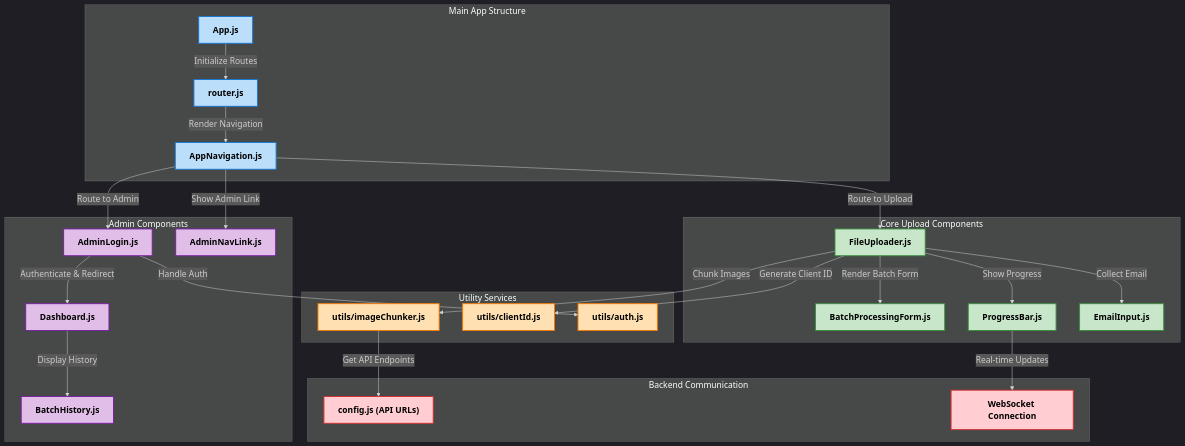
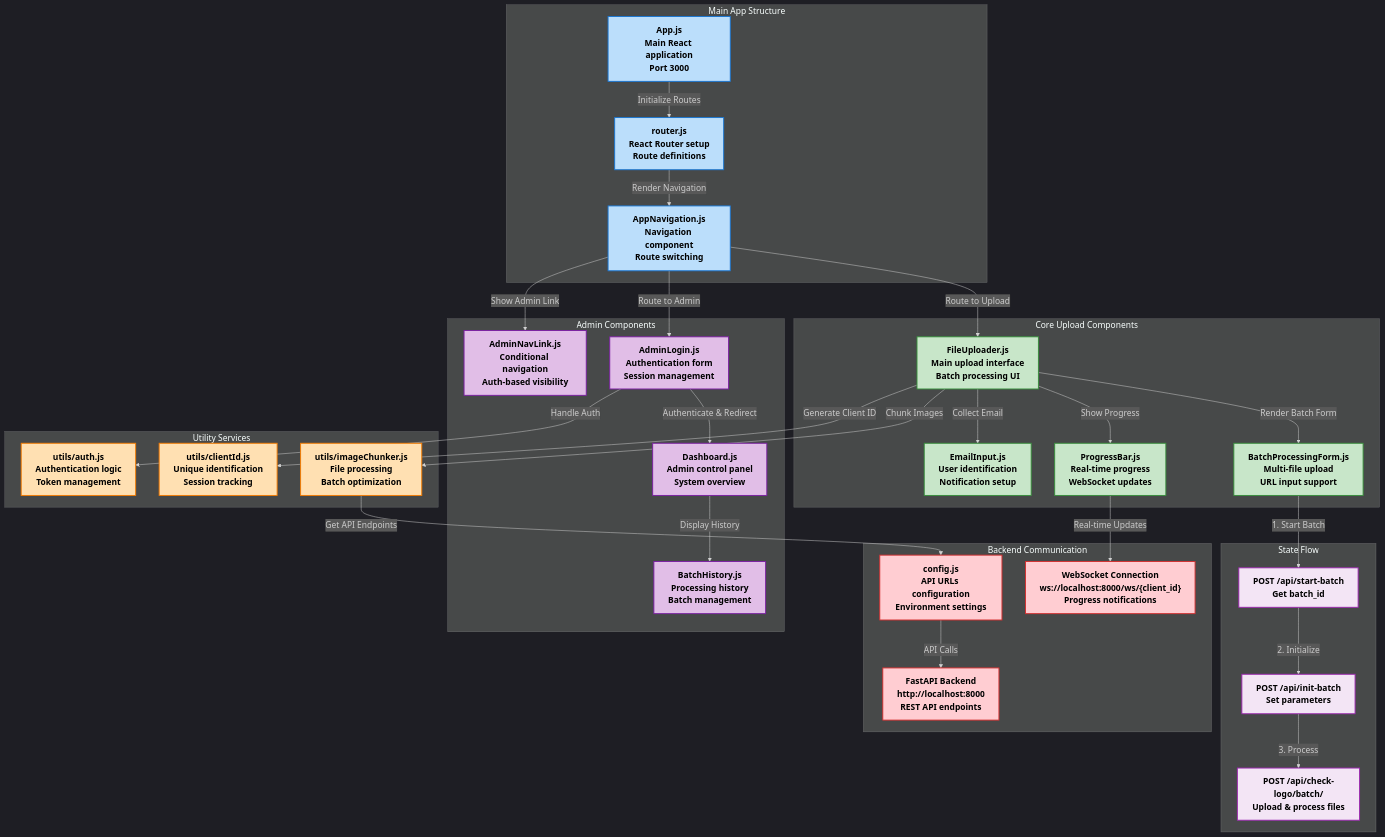
One commit to Dhruv0306/SymphonyProject1 changed the third of 9 diagrams in README.md. Above: the diagram before and after it, drawn with Mermaid. The commit also changed other lines of this file and 36 other files, not shown here.

First line of the commit message:
docs: enhance architecture and feature documentation

````diff
--- a/README.md
+++ b/README.md
@@ -210,49 +239,60 @@
 ```mermaid
 %%{init: {'theme': 'dark', 'themeVariables': { 'fontFamily': 'arial', 'fontSize': '18px', 'fontWeight': 'bold'}}}%%
 graph TD
     subgraph "Main App Structure"
         style A fill:#bbdefb,stroke:#1976d2,stroke-width:2px,color:#000000,font-weight:bold
         style B fill:#bbdefb,stroke:#1976d2,stroke-width:2px,color:#000000,font-weight:bold
         style C fill:#bbdefb,stroke:#1976d2,stroke-width:2px,color:#000000,font-weight:bold
-        A["App.js"] -->|"Initialize Routes"| B["router.js"]
-        B -->|"Render Navigation"| C["AppNavigation.js"]
+        A["App.js<br/>Main React application<br/>Port 3000"] -->|"Initialize Routes"| B["router.js<br/>React Router setup<br/>Route definitions"]
+        B -->|"Render Navigation"| C["AppNavigation.js<br/>Navigation component<br/>Route switching"]
     end
 
     subgraph "Core Upload Components"
         style D1 fill:#c8e6c9,stroke:#388e3c,stroke-width:2px,color:#000000,font-weight:bold
         style D2 fill:#c8e6c9,stroke:#388e3c,stroke-width:2px,color:#000000,font-weight:bold
         style D3 fill:#c8e6c9,stroke:#388e3c,stroke-width:2px,color:#000000,font-weight:bold
         style D4 fill:#c8e6c9,stroke:#388e3c,stroke-width:2px,color:#000000,font-weight:bold
-        C -->|"Route to Upload"| D1["FileUploader.js"]
-        D1 -->|"Render Batch Form"| D2["BatchProcessingForm.js"]
-        D1 -->|"Show Progress"| D3["ProgressBar.js"]
-        D1 -->|"Collect Email"| D4["EmailInput.js"]
+        C -->|"Route to Upload"| D1["FileUploader.js<br/>Main upload interface<br/>Batch processing UI"]
+        D1 -->|"Render Batch Form"| D2["BatchProcessingForm.js<br/>Multi-file upload<br/>URL input support"]
+        D1 -->|"Show Progress"| D3["ProgressBar.js<br/>Real-time progress<br/>WebSocket updates"]
+        D1 -->|"Collect Email"| D4["EmailInput.js<br/>User identification<br/>Notification setup"]
     end
 
     subgraph "Admin Components"
         style E1 fill:#e1bee7,stroke:#7b1fa2,stroke-width:2px,color:#000000,font-weight:bold
         style E2 fill:#e1bee7,stroke:#7b1fa2,stroke-width:2px,color:#000000,font-weight:bold
         style E3 fill:#e1bee7,stroke:#7b1fa2,stroke-width:2px,color:#000000,font-weight:bold
         style E4 fill:#e1bee7,stroke:#7b1fa2,stroke-width:2px,color:#000000,font-weight:bold
-        C -->|"Route to Admin"| E1["AdminLogin.js"]
-        E1 -->|"Authenticate & Redirect"| E2["Dashboard.js"]
-        E2 -->|"Display History"| E3["BatchHistory.js"]
-        C -->|"Show Admin Link"| E4["AdminNavLink.js"]
+        C -->|"Route to Admin"| E1["AdminLogin.js<br/>Authentication form<br/>Session management"]
+        E1 -->|"Authenticate & Redirect"| E2["Dashboard.js<br/>Admin control panel<br/>System overview"]
+        E2 -->|"Display History"| E3["BatchHistory.js<br/>Processing history<br/>Batch management"]
+        C -->|"Show Admin Link"| E4["AdminNavLink.js<br/>Conditional navigation<br/>Auth-based visibility"]
     end
 
     subgraph "Utility Services"
         style F1 fill:#ffe0b2,stroke:#f57c00,stroke-width:2px,color:#000000,font-weight:bold
         style F2 fill:#ffe0b2,stroke:#f57c00,stroke-width:2px,color:#000000,font-weight:bold
         style F3 fill:#ffe0b2,stroke:#f57c00,stroke-width:2px,color:#000000,font-weight:bold
-        D1 -->|"Chunk Images"| F1["utils/imageChunker.js"]
-        D1 -->|"Generate Client ID"| F2["utils/clientId.js"]
-        E1 -->|"Handle Auth"| F3["utils/auth.js"]
+        D1 -->|"Chunk Images"| F1["utils/imageChunker.js<br/>File processing<br/>Batch optimization"]
+        D1 -->|"Generate Client ID"| F2["utils/clientId.js<br/>Unique identification<br/>Session tracking"]
+        E1 -->|"Handle Auth"| F3["utils/auth.js<br/>Authentication logic<br/>Token management"]
     end
 
     subgraph "Backend Communication"
         style G1 fill:#ffcdd2,stroke:#d32f2f,stroke-width:2px,color:#000000,font-weight:bold
         style G2 fill:#ffcdd2,stroke:#d32f2f,stroke-width:2px,color:#000000,font-weight:bold
-        F1 -->|"Get API Endpoints"| G1["config.js (API URLs)"]
-        D3 -->|"Real-time Updates"| G2["WebSocket Connection"]
+        style G3 fill:#ffcdd2,stroke:#d32f2f,stroke-width:2px,color:#000000,font-weight:bold
+        F1 -->|"Get API Endpoints"| G1["config.js<br/>API URLs configuration<br/>Environment settings"]
+        D3 -->|"Real-time Updates"| G2["WebSocket Connection<br/>ws://localhost:8000/ws/{client_id}<br/>Progress notifications"]
+        G1 -->|"API Calls"| G3["FastAPI Backend<br/>http://localhost:8000<br/>REST API endpoints"]
+    end
+
+    subgraph "State Flow"
+        style H1 fill:#f3e5f5,stroke:#9c27b0,stroke-width:2px,color:#000000,font-weight:bold
+        style H2 fill:#f3e5f5,stroke:#9c27b0,stroke-width:2px,color:#000000,font-weight:bold
+        style H3 fill:#f3e5f5,stroke:#9c27b0,stroke-width:2px,color:#000000,font-weight:bold
+        D2 -->|"1. Start Batch"| H1["POST /api/start-batch<br/>Get batch_id"]
+        H1 -->|"2. Initialize"| H2["POST /api/init-batch<br/>Set parameters"]
+        H2 -->|"3. Process"| H3["POST /api/check-logo/batch/<br/>Upload & process files"]
     end
 ```
````
